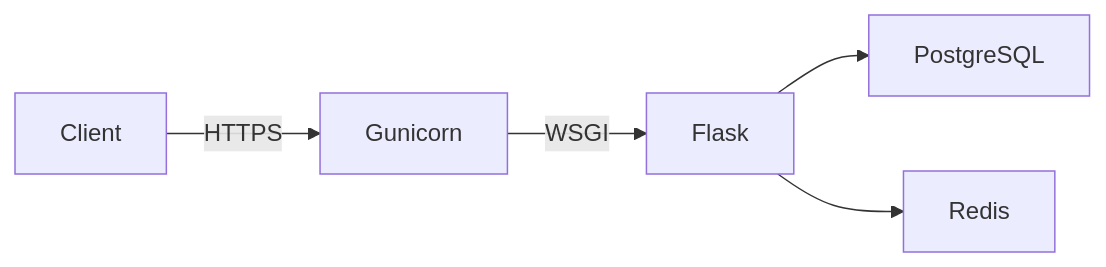
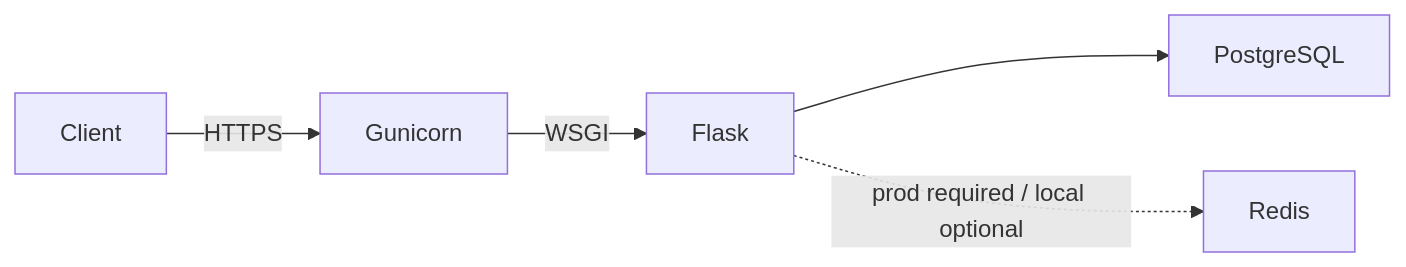
Before and after one commit to mr-veeru/AccessVault: the diagram in README.md, drawn with Mermaid. The commit also changed other lines of this file and 13 other files, not shown here.

````diff
--- a/README.md
+++ b/README.md
@@ -36,7 +33,7 @@
 ```mermaid
 flowchart LR
     Client -->|HTTPS| Gunicorn
     Gunicorn -->|WSGI| Flask
     Flask --> PostgreSQL
-    Flask --> Redis
+    Flask -.->|prod required / local optional| Redis
 ```
````
